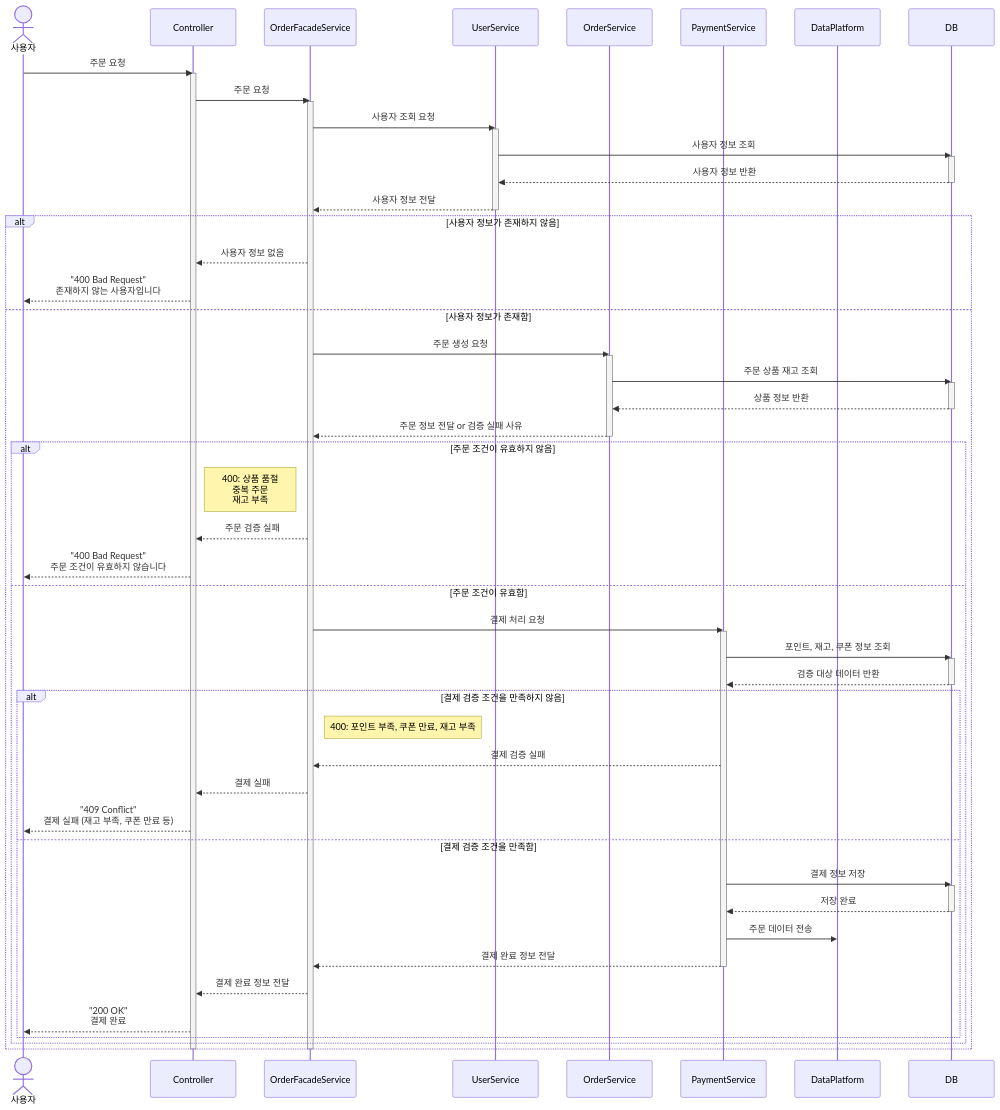
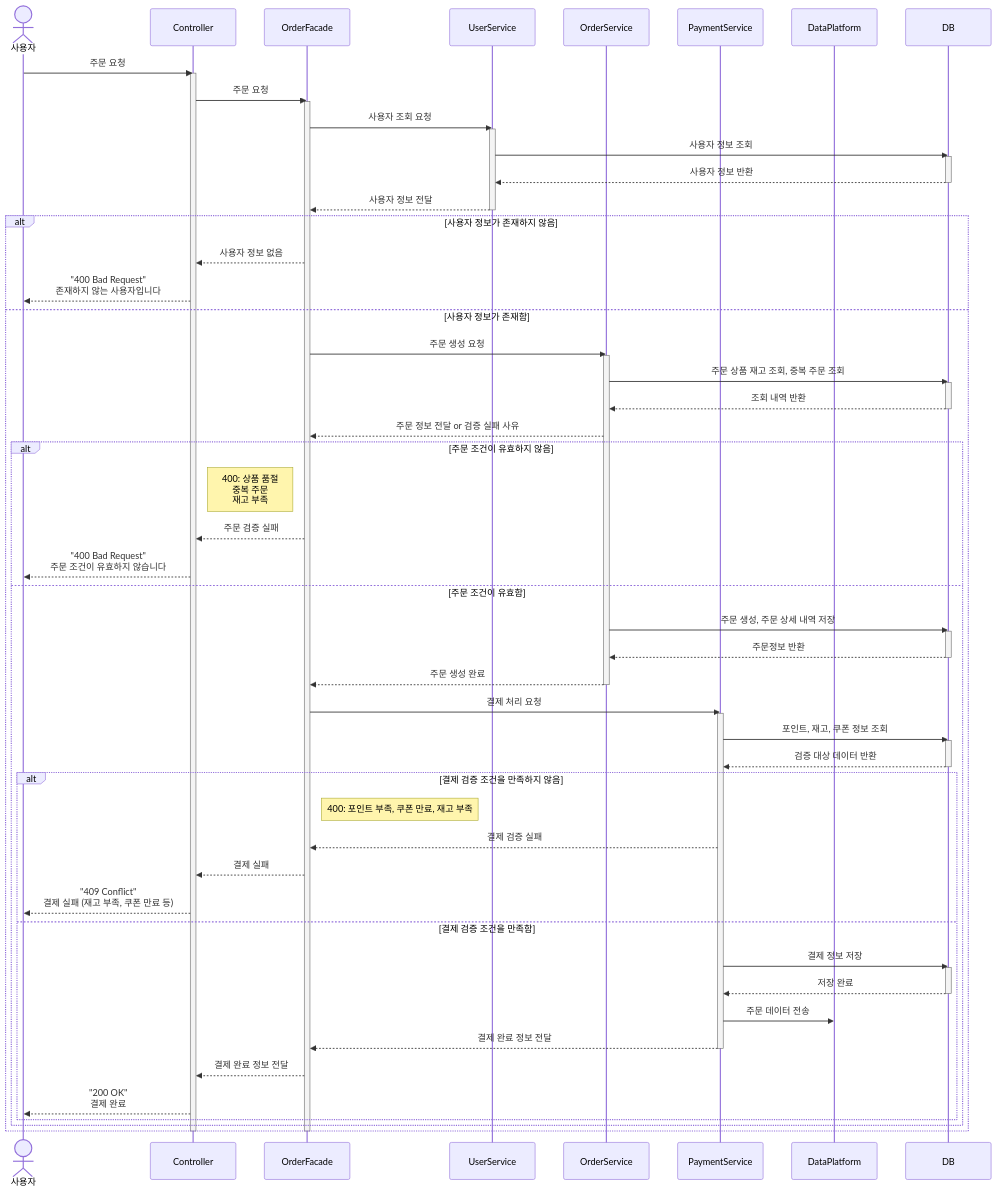
One commit to maengjjin/hhplus-service changed the sixth of 8 diagrams in docs/SequenceDiagram.md. Above: the diagram before and after it, drawn with Mermaid. The commit also changed other lines of this file and 1 other file, not shown here.

Commit message:
- 다이어그램 수정

````diff
--- a/docs/SequenceDiagram.md
+++ b/docs/SequenceDiagram.md
@@ -264,7 +239,7 @@
 sequenceDiagram
     actor User as 사용자
     participant Controller
-    participant OrderFacadeService
+    participant OrderFacade
     participant UserService
     participant OrderService
     participant PaymentService
@@ -274,10 +249,10 @@
     User ->> Controller: 주문 요청
     activate Controller
 
-    Controller ->> OrderFacadeService: 주문 요청
-    activate OrderFacadeService
+    Controller ->> OrderFacade: 주문 요청
+    activate OrderFacade
 
-    OrderFacadeService ->> UserService: 사용자 조회 요청
+    OrderFacade ->> UserService: 사용자 조회 요청
     activate UserService
 
     UserService ->> DB: 사용자 정보 조회
@@ -285,30 +260,42 @@
     DB -->> UserService: 사용자 정보 반환
     deactivate DB
 
-    UserService -->> OrderFacadeService: 사용자 정보 전달
+    UserService -->> OrderFacade: 사용자 정보 전달
     deactivate UserService
 
     alt 사용자 정보가 존재하지 않음
-        OrderFacadeService -->> Controller: 사용자 정보 없음
+        OrderFacade -->> Controller: 사용자 정보 없음
         Controller -->> User: "400 Bad Request"<br>존재하지 않는 사용자입니다
     else 사용자 정보가 존재함
-        OrderFacadeService ->> OrderService: 주문 생성 요청
+        OrderFacade ->> OrderService: 주문 생성 요청
         activate OrderService
 
-        OrderService ->> DB: 주문 상품 재고 조회
+        OrderService ->> DB: 주문 상품 재고 조회, 중복 주문 조회
         activate DB
-        DB -->> OrderService: 상품 정보 반환
+
+        DB -->> OrderService: 조회 내역 반환
         deactivate DB
 
-        OrderService -->> OrderFacadeService: 주문 정보 전달 or 검증 실패 사유
-        deactivate OrderService
+        OrderService -->> OrderFacade: 주문 정보 전달 or 검증 실패 사유
+
 
         alt 주문 조건이 유효하지 않음
-            Note left of OrderFacadeService: 400: 상품 품절<br>중복 주문<br>재고 부족
-            OrderFacadeService -->> Controller: 주문 검증 실패
+            Note left of OrderFacade: 400: 상품 품절<br>중복 주문<br>재고 부족
+            OrderFacade -->> Controller: 주문 검증 실패
             Controller -->> User: "400 Bad Request"<br>주문 조건이 유효하지 않습니다
         else 주문 조건이 유효함
-            OrderFacadeService ->> PaymentService: 결제 처리 요청
+
+            OrderService ->> DB: 주문 생성, 주문 상세 내역 저장
+            activate DB
+            
+            DB -->> OrderService: 주문정보 반환
+            deactivate DB
+
+
+            OrderService -->> OrderFacade: 주문 생성 완료
+            deactivate OrderService
+
+            OrderFacade ->> PaymentService: 결제 처리 요청
             activate PaymentService
 
             PaymentService ->> DB: 포인트, 재고, 쿠폰 정보 조회
@@ -317,9 +304,9 @@
             deactivate DB
 
             alt 결제 검증 조건을 만족하지 않음
-                Note right of OrderFacadeService: 400: 포인트 부족, 쿠폰 만료, 재고 부족
-                PaymentService -->> OrderFacadeService: 결제 검증 실패
-                OrderFacadeService -->> Controller: 결제 실패
+                Note right of OrderFacade: 400: 포인트 부족, 쿠폰 만료, 재고 부족
+                PaymentService -->> OrderFacade: 결제 검증 실패
+                OrderFacade -->> Controller: 결제 실패
                 Controller -->> User: "409 Conflict"<br>결제 실패 (재고 부족, 쿠폰 만료 등)
             else 결제 검증 조건을 만족함
                 PaymentService ->> DB: 결제 정보 저장
@@ -328,16 +315,16 @@
                 deactivate DB
 
                 PaymentService ->> DataPlatform: 주문 데이터 전송
-                PaymentService -->> OrderFacadeService: 결제 완료 정보 전달
+                PaymentService -->> OrderFacade: 결제 완료 정보 전달
                 deactivate PaymentService
 
-                OrderFacadeService -->> Controller: 결제 완료 정보 전달
+                OrderFacade -->> Controller: 결제 완료 정보 전달
                 Controller -->> User: "200 OK"<br>결제 완료
             end
         end
     end
 
-    deactivate OrderFacadeService
+    deactivate OrderFacade
     deactivate Controller
 
 ```
````
